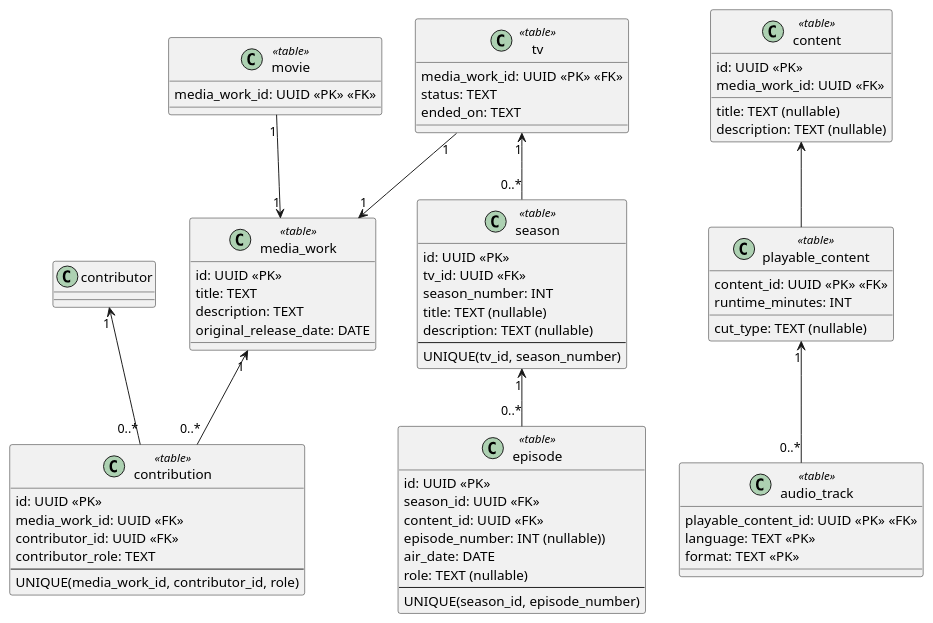
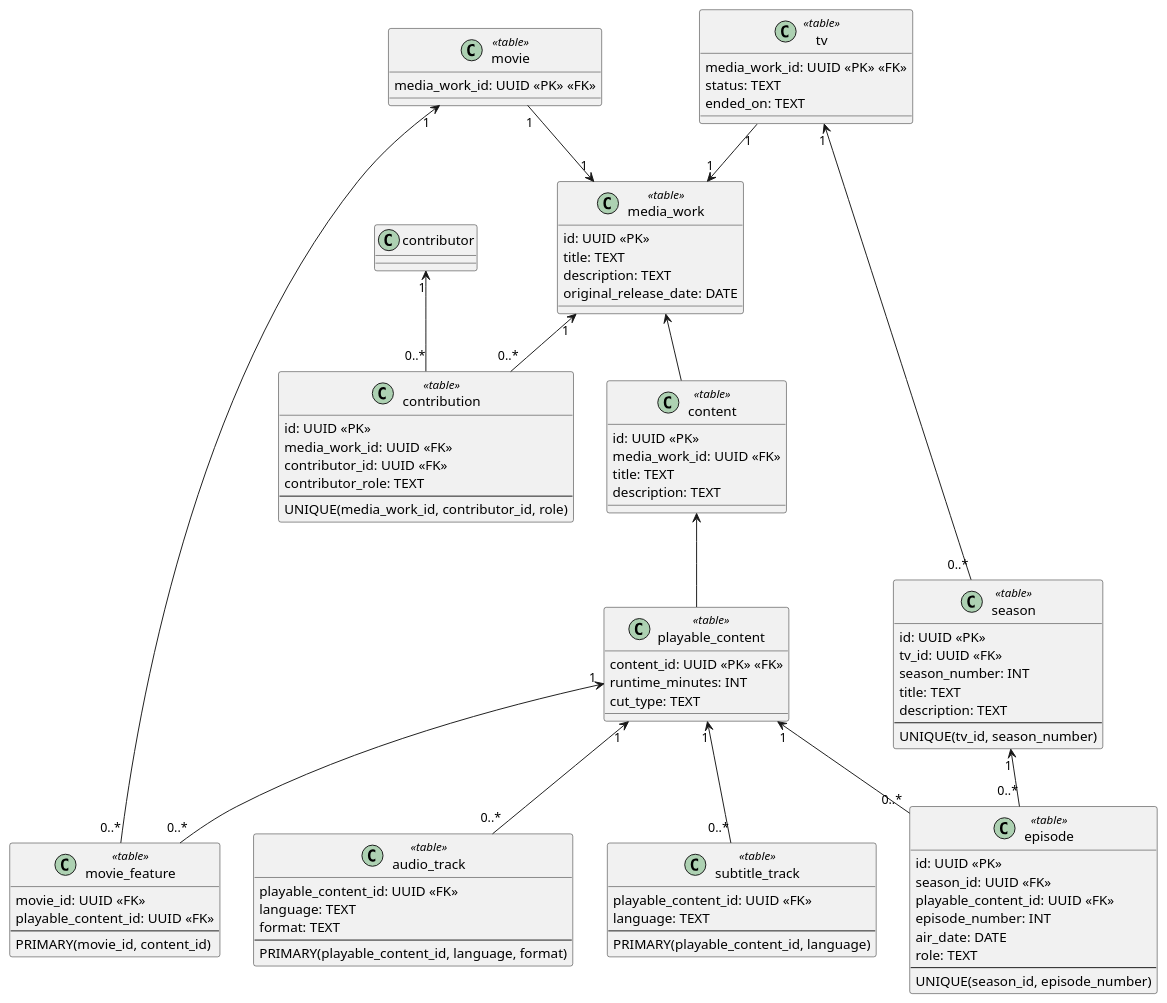
One commit to yantue/colleq changed the diagram in docs/uml/data/media_work.data.puml. Above: the diagram before and after it, drawn with PlantUML. The commit also changed 2 other files, not shown here.

```diff
--- a/docs/uml/data/media_work.data.puml
+++ b/docs/uml/data/media_work.data.puml
@@ -1,98 +1,116 @@
 @startuml
 skinparam classAttributeIconSize 0
 
 ' ===== CORE =====
 class media_work <<table>> {
     id: UUID <<PK>>
     title: TEXT
     description: TEXT
     original_release_date: DATE
 }
-
-' TODO: add creator roles
 
 ' ===== CONTRIBUTIONS =====
 class contribution <<table>> {
     id: UUID <<PK>>
     media_work_id: UUID <<FK>>
     contributor_id: UUID <<FK>>
     contributor_role: TEXT
     --
     UNIQUE(media_work_id, contributor_id, role)
 }
 
 media_work "1" <-- "0..*" contribution
 
 ' ===== CONTENT =====
 class content <<table>> {
     id: UUID <<PK>>
     media_work_id: UUID <<FK>>
-    title: TEXT (nullable)
-    description: TEXT (nullable)
+    title: TEXT
+    description: TEXT
 }
 
-' TODO: add content/mediawork join table
+media_work <-- content
 
 class playable_content <<table>> {
     content_id: UUID <<PK>> <<FK>>
     runtime_minutes: INT
-    cut_type: TEXT (nullable)
+    cut_type: TEXT
 }
 
 content <-- playable_content
 
 class audio_track <<table>> {
-    playable_content_id: UUID <<PK>> <<FK>>
-    language: TEXT <<PK>>
-    format: TEXT <<PK>>
+    playable_content_id: UUID <<FK>>
+    language: TEXT
+    format: TEXT
+    --
+    PRIMARY(playable_content_id, language, format)
 }
 
 playable_content "1" <-- "0..*" audio_track
+
+class subtitle_track <<table>> {
+    playable_content_id: UUID <<FK>>
+    language: TEXT
+    --
+    PRIMARY(playable_content_id, language)
+}
+
+playable_content "1" <-- "0..*" subtitle_track
 
 ' ===== MOVIE =====
 class movie <<table>> {
     media_work_id: UUID <<PK>> <<FK>>
 }
 
 movie "1" --> "1" media_work
 
-' TODO: add features
+class movie_feature <<table>> {
+     movie_id: UUID <<FK>>
+     playable_content_id: UUID <<FK>>
+     --
+     PRIMARY(movie_id, content_id)
+}
+
+movie "1" <-- "0..*" movie_feature
+playable_content "1" <-- "0..*" movie_feature
 
 ' ===== TV =====
 class tv <<table>> {
     media_work_id: UUID <<PK>> <<FK>>
     status: TEXT
     ended_on: TEXT
 }
 
 tv "1" --> "1" media_work
 
 class season <<table>> {
     id: UUID <<PK>>
     tv_id: UUID <<FK>>
     season_number: INT
-    title: TEXT (nullable)
-    description: TEXT (nullable)
+    title: TEXT
+    description: TEXT
     --
     UNIQUE(tv_id, season_number)
 }
 
 tv "1" <-- "0..*" season
 
 class episode <<table>> {
     id: UUID <<PK>>
     season_id: UUID <<FK>>
-    content_id: UUID <<FK>>
-    episode_number: INT (nullable))
+    playable_content_id: UUID <<FK>>
+    episode_number: INT
     air_date: DATE
-    role: TEXT (nullable)
+    role: TEXT
     --
     UNIQUE(season_id, episode_number)
 }
 
 season "1" <-- "0..*" episode
+playable_content "1" <-- "0..*" episode
 
 ' ===== CROSS-AGGREGATE REFERENCE =====
 contributor "1" <-- "0..*" contribution
 
 @enduml
```
